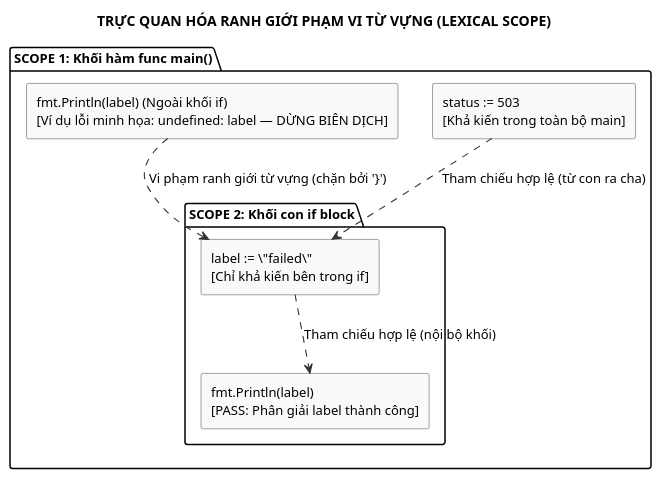
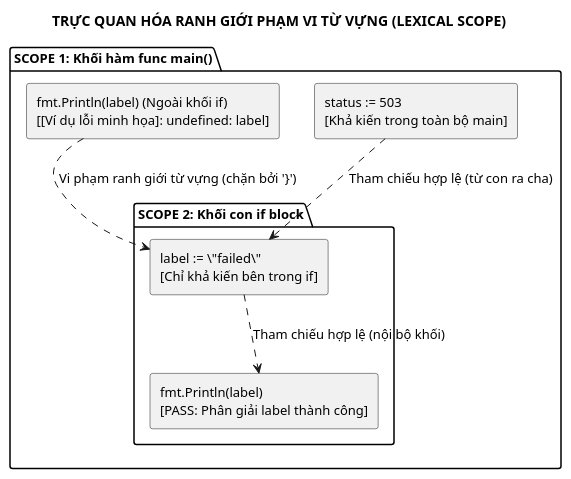
The diagram in assets/diagrams/go-scope-trace.puml (Minhlike/Golang), drawn with PlantUML before and after one commit. The commit also changed 13 other files, not shown here.

Commit message:
fix(diagrams): repair visual collisions in Figures 1-6 and enforce Matplotlib glyph bbox/border audit

```diff
--- a/assets/diagrams/go-scope-trace.puml
+++ b/assets/diagrams/go-scope-trace.puml
@@ -1,34 +1,22 @@
 @startuml
+' AUTHORITATIVE SOURCE OF TRUTH: scripts/render_figures_1_6.py
+' Auto-synchronized from the canonical specification in scripts/render_figures_1_6.py.
 skinparam backgroundColor white
 skinparam shadowing false
 skinparam defaultFontName "Source Sans 3"
 skinparam defaultFontSize 13
 skinparam defaultFontColor #000000
-
-skinparam rectangle {
-  BackgroundColor #F9F9F9
-  BorderColor #444444
-  FontColor #000000
-  RoundCorner 4
-}
-
-skinparam arrowColor #333333
-skinparam ArrowThickness 1.1
-
 title TRỰC QUAN HÓA RANH GIỚI PHẠM VI TỪ VỰNG (LEXICAL SCOPE)
 
 package "SCOPE 1: Khối hàm func main()" {
   rectangle "status := 503\n[Khả kiến trong toàn bộ main]" as status_var
-
   package "SCOPE 2: Khối con if block" {
     rectangle "label := \"failed\"\n[Chỉ khả kiến bên trong if]" as label_var
     rectangle "fmt.Println(label)\n[PASS: Phân giải label thành công]" as pass_label
   }
-
-  rectangle "fmt.Println(label) (Ngoài khối if)\n[Ví dụ lỗi minh họa: undefined: label — DỪNG BIÊN DỊCH]" as fail_label
+  rectangle "fmt.Println(label) (Ngoài khối if)\n[[Ví dụ lỗi minh họa]: undefined: label]" as fail_label
 }
-
 label_var ..> pass_label : Tham chiếu hợp lệ (nội bộ khối)
 status_var ..> label_var : Tham chiếu hợp lệ (từ con ra cha)
 fail_label ..> label_var : Vi phạm ranh giới từ vựng (chặn bởi '}')
 @enduml
```
